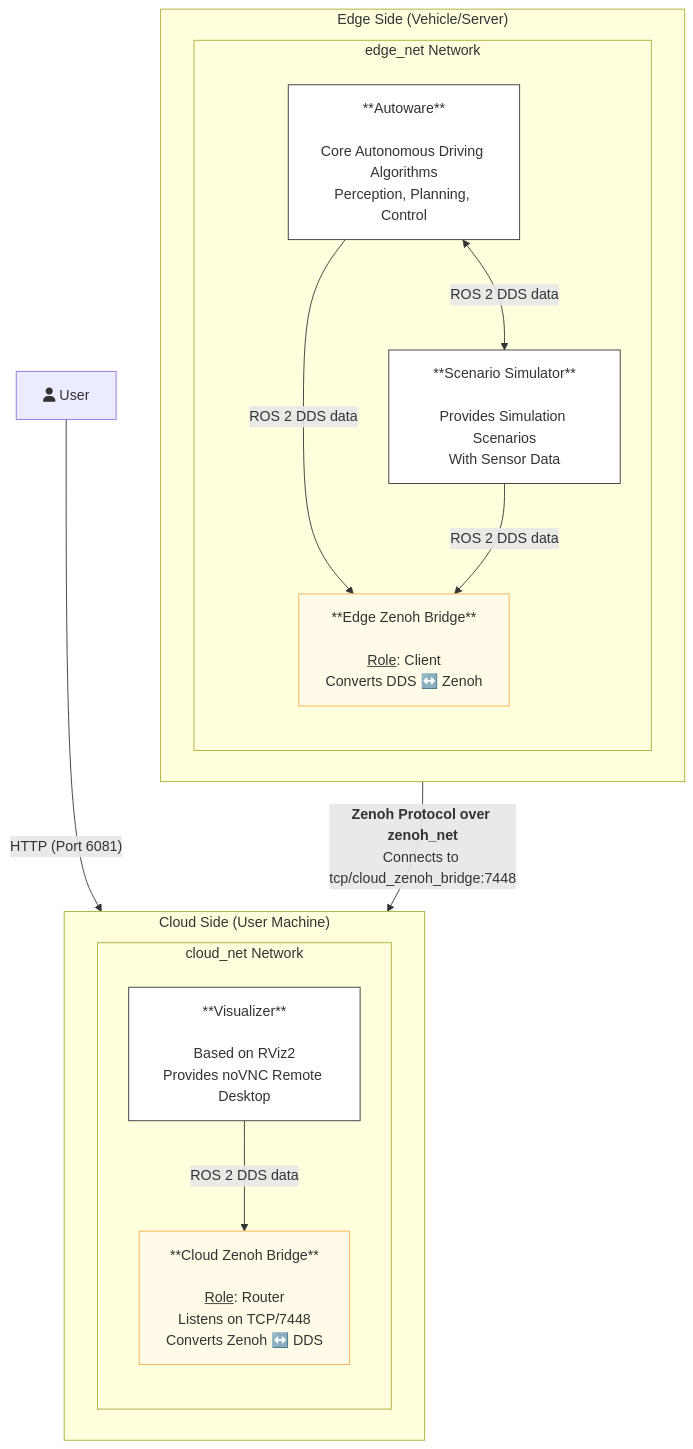
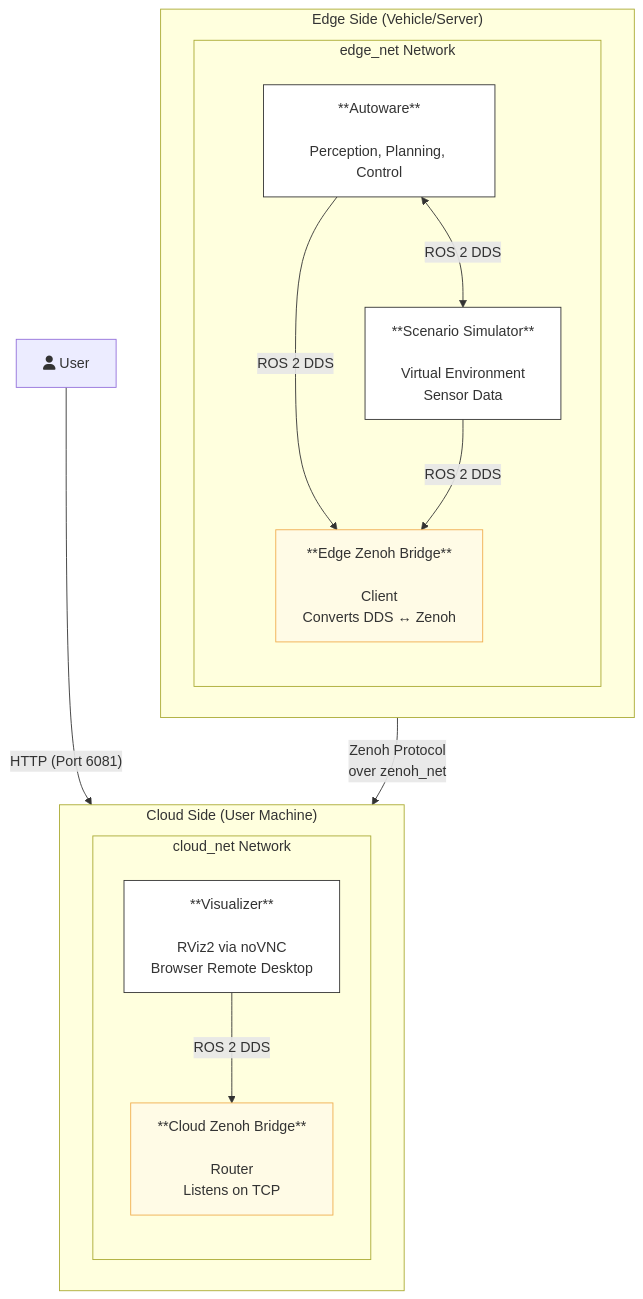
Before and after one commit to oguzkaganozt/openadkit: the diagram in docs/deployments/demos/zenoh-bridge/index.md, drawn with Mermaid. The commit also changed other lines of this file and 34 other files, not shown here.

````diff
--- a/docs/deployments/demos/zenoh-bridge/index.md
+++ b/docs/deployments/demos/zenoh-bridge/index.md
@@ -39,52 +42,48 @@
 ```mermaid
 graph TD
-    %% --- Style Definitions ---
     classDef machine fill:#f9f9f9,stroke:#333,stroke-width:2px,stroke-dasharray:5 5
     classDef network fill:#e6f3ff,stroke:#0066cc,stroke-width:1.5px
     classDef component fill:#ffffff,stroke:#333
     classDef bridge fill:#fffbe6,stroke:#f0ad4e
     classDef invisible stroke:none,fill:none
 
-    %% === Cloud Side ===
     subgraph CloudSide["Cloud Side (User Machine)"]
         direction LR
         class CloudSide machine
 
         subgraph CloudNet[cloud_net Network]
             direction TB
             class CloudNet network
             
-            visualizer["**Visualizer**<br><br>Based on RViz2<br>Provides noVNC Remote Desktop"]
-            cloud_bridge["**Cloud Zenoh Bridge**<br><br><u>Role</u>: Router<br>Listens on TCP/7448<br>Converts Zenoh ↔️ DDS"]
+            visualizer["**Visualizer**<br><br>RViz2 via noVNC<br>Browser Remote Desktop"]
+            cloud_bridge["**Cloud Zenoh Bridge**<br><br>Router<br>Listens on TCP"]
             class visualizer component
             class cloud_bridge bridge
             
-            visualizer -->|"ROS 2 DDS data"| cloud_bridge
+            visualizer -->|"ROS 2 DDS"| cloud_bridge
         end
     end
 
-    %% === Edge Side ===
     subgraph EdgeSide["Edge Side (Vehicle/Server)"]
         direction LR
         class EdgeSide machine
 
         subgraph EdgeNet[edge_net Network]
             direction TB
             class EdgeNet network
 
-            autoware["**Autoware**<br><br>Core Autonomous Driving Algorithms<br>Perception, Planning, Control"]
-            scenario_simulator["**Scenario Simulator**<br><br>Provides Simulation Scenarios<br>With Sensor Data"]
-            edge_bridge["**Edge Zenoh Bridge**<br><br><u>Role</u>: Client<br>Converts DDS ↔️ Zenoh"]
+            autoware["**Autoware**<br><br>Perception, Planning, Control"]
+            scenario_simulator["**Scenario Simulator**<br><br>Virtual Environment<br>Sensor Data"]
+            edge_bridge["**Edge Zenoh Bridge**<br><br>Client<br>Converts DDS ↔ Zenoh"]
             class autoware,scenario_simulator component
             class edge_bridge bridge
 
-            autoware <-->|"ROS 2 DDS data"| scenario_simulator
-            autoware -->|"ROS 2 DDS data"| edge_bridge
-            scenario_simulator -->|"ROS 2 DDS data"| edge_bridge
+            autoware <-->|"ROS 2 DDS"| scenario_simulator
+            autoware -->|"ROS 2 DDS"| edge_bridge
+            scenario_simulator -->|"ROS 2 DDS"| edge_bridge
         end
     end
 
-    %% === External & Cross-Network Connections ===
     user[fa:fa-user User] -->|"HTTP (Port 6081)"| visualizer
-    edge_bridge -->|"<b>Zenoh Protocol over zenoh_net</b><br>Connects to tcp/cloud_zenoh_bridge:7448"| cloud_bridge
+    edge_bridge -->|"Zenoh Protocol<br>over zenoh_net"| cloud_bridge
 ```
````
